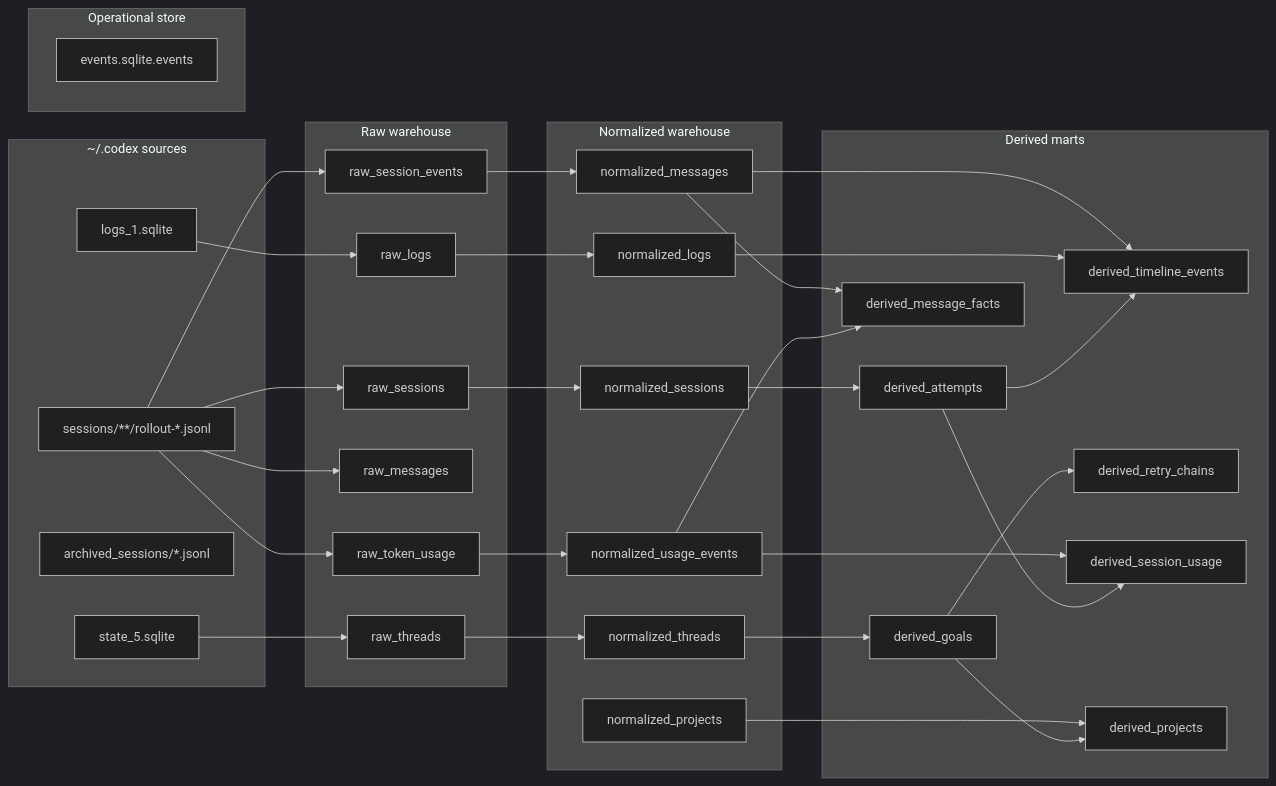
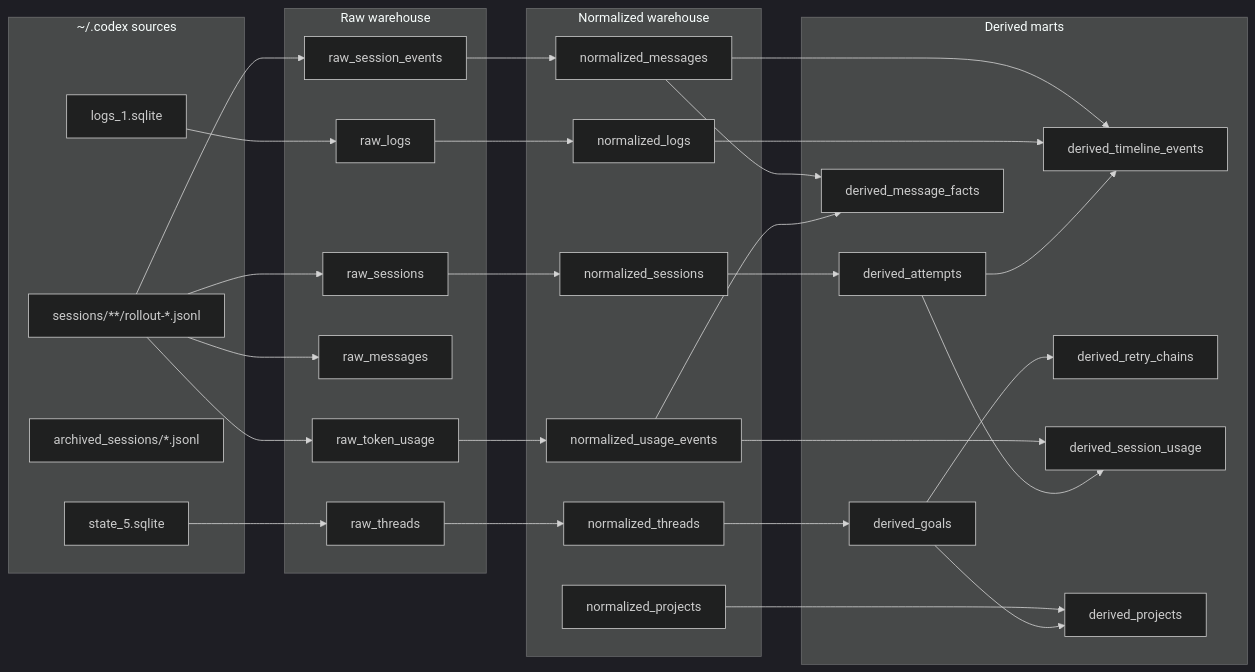
The diagram in docs/history-pipeline.md (sg4tech/ai-agents-metrics), drawn with Mermaid (dark theme) before and after one commit. The commit also changed other lines of this file and 21 other files, not shown here.

````diff
--- a/docs/history-pipeline.md
+++ b/docs/history-pipeline.md
@@ -87,67 +87,63 @@
 ```mermaid
 flowchart LR
     subgraph Sources["~/.codex sources"]
         ST["state_5.sqlite"]
         SS["sessions/**/rollout-*.jsonl"]
         AS["archived_sessions/*.jsonl"]
         LG["logs_1.sqlite"]
     end
 
     subgraph Raw["Raw warehouse"]
         RT["raw_threads"]
         RS["raw_sessions"]
         RSE["raw_session_events"]
         RM["raw_messages"]
         RTU["raw_token_usage"]
         RL["raw_logs"]
     end
 
     subgraph Norm["Normalized warehouse"]
         NT["normalized_threads"]
         NS["normalized_sessions"]
         NM["normalized_messages"]
         NU["normalized_usage_events"]
         NL["normalized_logs"]
         NP["normalized_projects"]
     end
 
     subgraph Derived["Derived marts"]
         DG["derived_goals"]
         DA["derived_attempts"]
         DTE["derived_timeline_events"]
         DMF["derived_message_facts"]
         DRC["derived_retry_chains"]
         DUS["derived_session_usage"]
         DP["derived_projects"]
     end
 
-    subgraph Ops["Operational store"]
-        EV["events.sqlite.events"]
-    end
-
     ST --> RT
     SS --> RS
     SS --> RSE
     SS --> RM
     SS --> RTU
     LG --> RL
 
     RT --> NT
     RS --> NS
     RSE --> NM
     RTU --> NU
     RL --> NL
 
     NT --> DG
     NS --> DA
     NM --> DTE
     NU --> DUS
     NL --> DTE
     NM --> DMF
     NU --> DMF
     NP --> DP
     DG --> DRC
     DG --> DP
     DA --> DUS
     DA --> DTE
 ```
````
